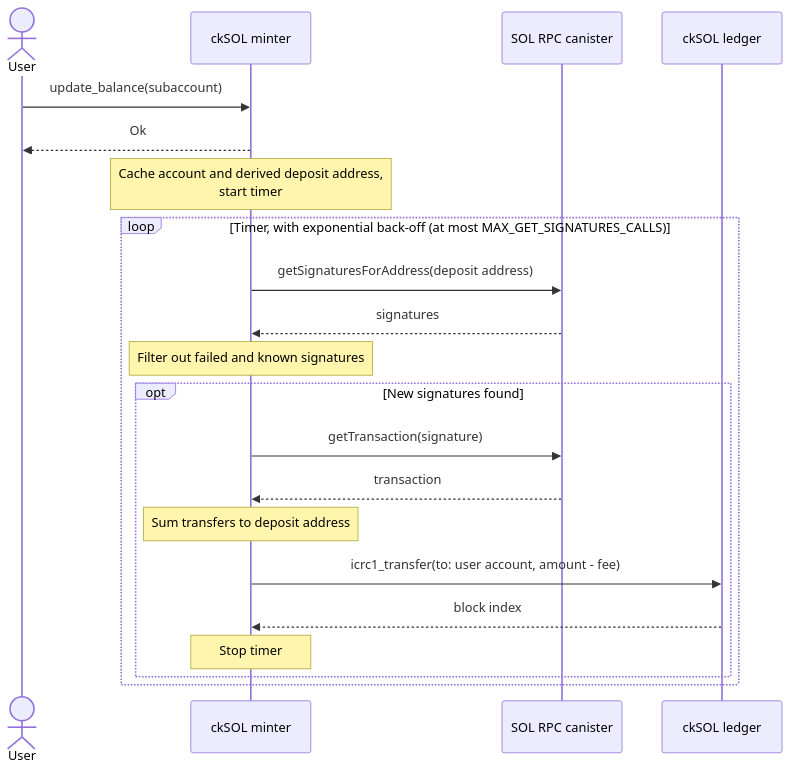
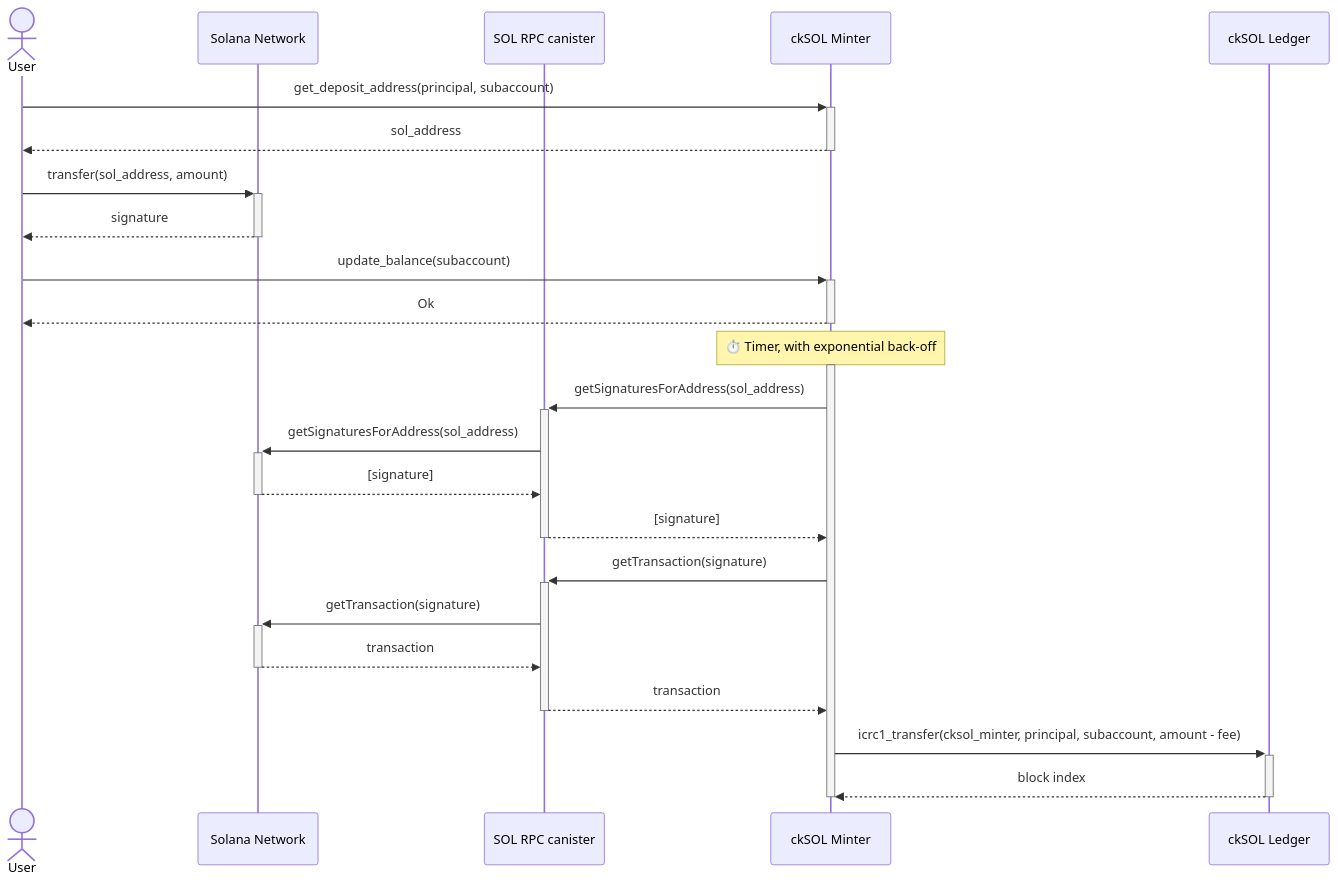
The second of 7 diagrams in docs/design.md (dfinity/cksol), drawn with Mermaid before and after one commit.

Commit message:
docs: match the automated deposit flow diagram to the original figure
Claude-Session: https://claude.ai/code/session_01VpFpbJ5sgNutGGJUQ5dmkr

````diff
--- a/docs/design.md
+++ b/docs/design.md
@@ -206,25 +206,29 @@
 ```mermaid
 sequenceDiagram
     actor User
-    participant Minter as ckSOL minter
+    participant Solana as Solana Network
     participant RPC as SOL RPC canister
-    participant Ledger as ckSOL ledger
+    participant Minter as ckSOL Minter
+    participant Ledger as ckSOL Ledger
 
-    User->>Minter: update_balance(subaccount)
-    Minter-->>User: Ok
-    Note over Minter: Cache account and derived deposit address,<br/>start timer
+    User->>+Minter: get_deposit_address(principal, subaccount)
+    Minter-->>-User: sol_address
+    User->>+Solana: transfer(sol_address, amount)
+    Solana-->>-User: signature
+    User->>+Minter: update_balance(subaccount)
+    Minter-->>-User: Ok
 
-    loop Timer, with exponential back-off (at most MAX_GET_SIGNATURES_CALLS)
-        Minter->>RPC: getSignaturesForAddress(deposit address)
-        RPC-->>Minter: signatures
-        Note over Minter: Filter out failed and known signatures
-        opt New signatures found
-            Minter->>RPC: getTransaction(signature)
-            RPC-->>Minter: transaction
-            Note over Minter: Sum transfers to deposit address
-            Minter->>Ledger: icrc1_transfer(to: user account, amount - fee)
-            Ledger-->>Minter: block index
-            Note over Minter: Stop timer
-        end
-    end
+    Note over Minter: ⏱️ Timer, with exponential back-off
+    activate Minter
+    Minter->>+RPC: getSignaturesForAddress(sol_address)
+    RPC->>+Solana: getSignaturesForAddress(sol_address)
+    Solana-->>-RPC: [signature]
+    RPC-->>-Minter: [signature]
+    Minter->>+RPC: getTransaction(signature)
+    RPC->>+Solana: getTransaction(signature)
+    Solana-->>-RPC: transaction
+    RPC-->>-Minter: transaction
+    Minter->>+Ledger: icrc1_transfer(cksol_minter, principal, subaccount, amount - fee)
+    Ledger-->>-Minter: block index
+    deactivate Minter
 ```
````
